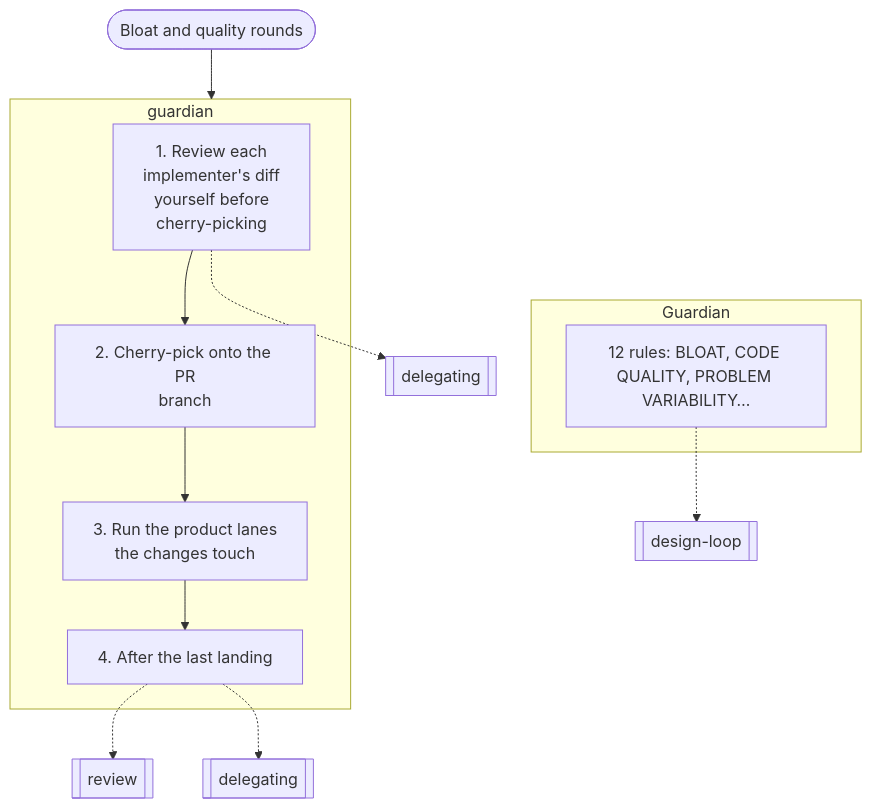
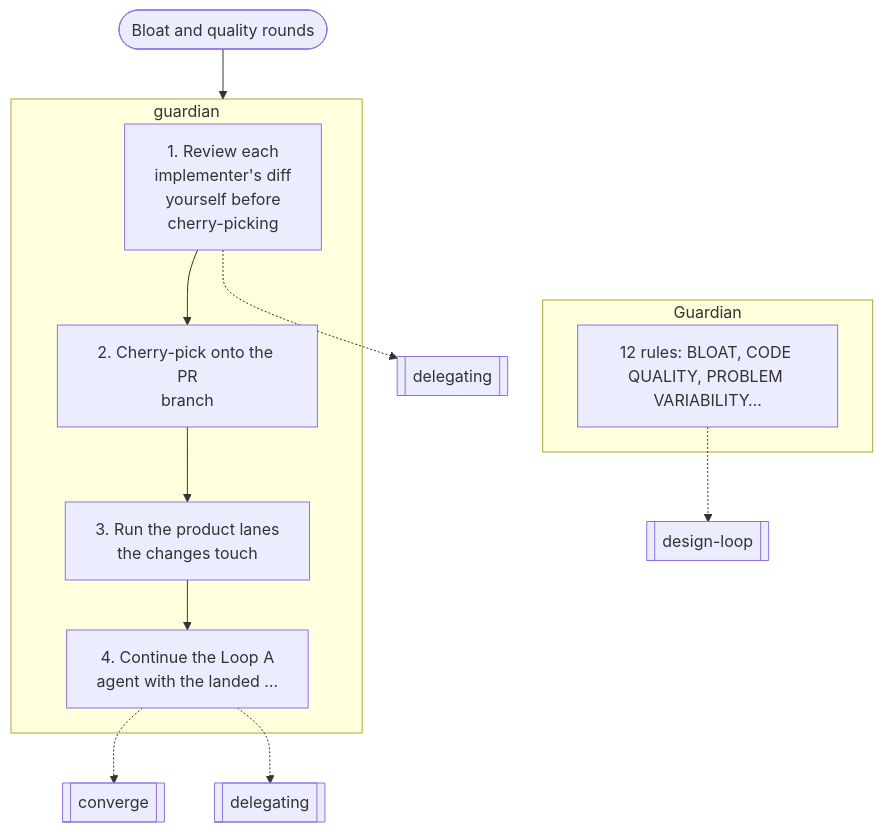
Before and after one commit to nitedani/mergeworthy: the ninth of 14 diagrams in docs/graphs.md, drawn with Mermaid. The commit also changed other lines of this file and 12 other files, not shown here.

````diff
--- a/docs/graphs.md
+++ b/docs/graphs.md
@@ -260,22 +257,22 @@
 ```mermaid
 flowchart TB
   start(["Bloat and quality rounds"])
   subgraph g0["guardian"]
     s0["1. Review each<br/>implementer's diff<br/>yourself before<br/>cherry-picking"]
     s1["2. Cherry-pick onto the PR<br/>branch"]
     s0 --> s1
     s2["3. Run the product lanes<br/>the changes touch"]
     s1 --> s2
-    s3["4. After the last landing"]
+    s3["4. Continue the Loop A<br/>agent with the landed …"]
     s2 --> s3
   end
   s0 -.-> r1[["delegating"]]
-  s3 -.-> r2[["review"]]
+  s3 -.-> r2[["converge"]]
   s3 -.-> r3[["delegating"]]
   subgraph g1["Guardian"]
     s4["12 rules: BLOAT, CODE QUALITY, PROBLEM VARIABILITY…"]
   end
   s4 -.-> r4[["design-loop"]]
   start --> g0
   g0 ~~~ g1
 ```
````
